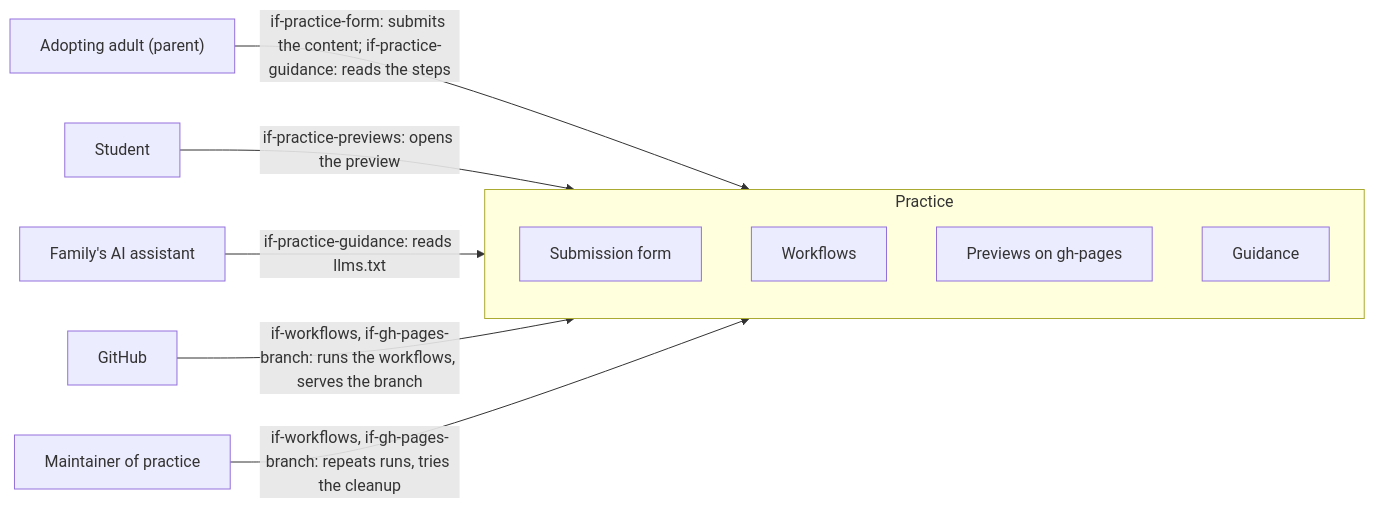
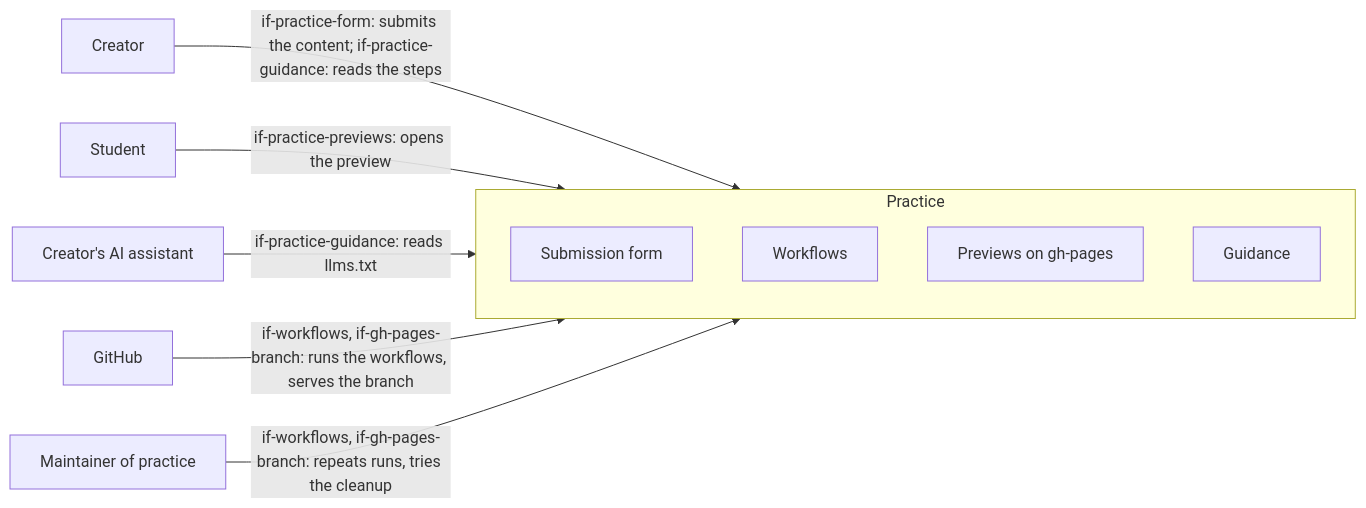
Before and after one commit to lernapps/practice: the diagram in docs/arc42/03-system-context.arc42.md, drawn with Mermaid. The commit also changed other lines of this file and 9 other files, not shown here.

First line of the commit message:
docs(arc42): speak of creator and student as the system architecture does

````diff
--- a/docs/arc42/03-system-context.arc42.md
+++ b/docs/arc42/03-system-context.arc42.md
@@ -20,19 +20,19 @@
 ```mermaid
 flowchart LR
-    actor-adopting-adult["Adopting adult (parent)"]
+    actor-creator["Creator"]
     actor-student["Student"]
-    actor-family-assistant["Family's AI assistant"]
+    actor-ai-assistant["Creator's AI assistant"]
     actor-github["GitHub"]
     actor-practice-maintainer["Maintainer of practice"]
     subgraph practice["Practice"]
         bb-form["Submission form"]
         bb-workflows["Workflows"]
         bb-previews["Previews on gh-pages"]
         bb-guidance["Guidance"]
     end
-    actor-adopting-adult -->|"if-practice-form: submits the content; if-practice-guidance: reads the steps"| practice
+    actor-creator -->|"if-practice-form: submits the content; if-practice-guidance: reads the steps"| practice
     actor-student -->|"if-practice-previews: opens the preview"| practice
-    actor-family-assistant -->|"if-practice-guidance: reads llms.txt"| practice
+    actor-ai-assistant -->|"if-practice-guidance: reads llms.txt"| practice
     actor-github -->|"if-workflows, if-gh-pages-branch: runs the workflows, serves the branch"| practice
     actor-practice-maintainer -->|"if-workflows, if-gh-pages-branch: repeats runs, tries the cleanup"| practice
 ```
````
